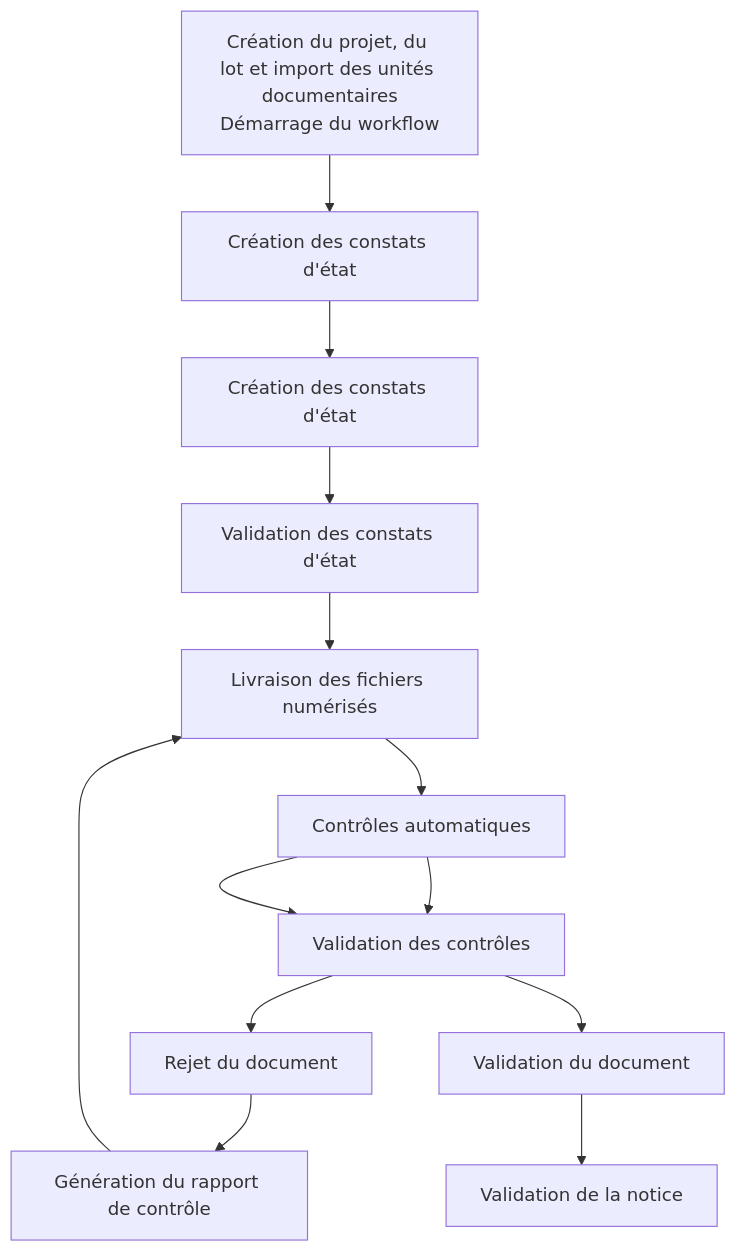
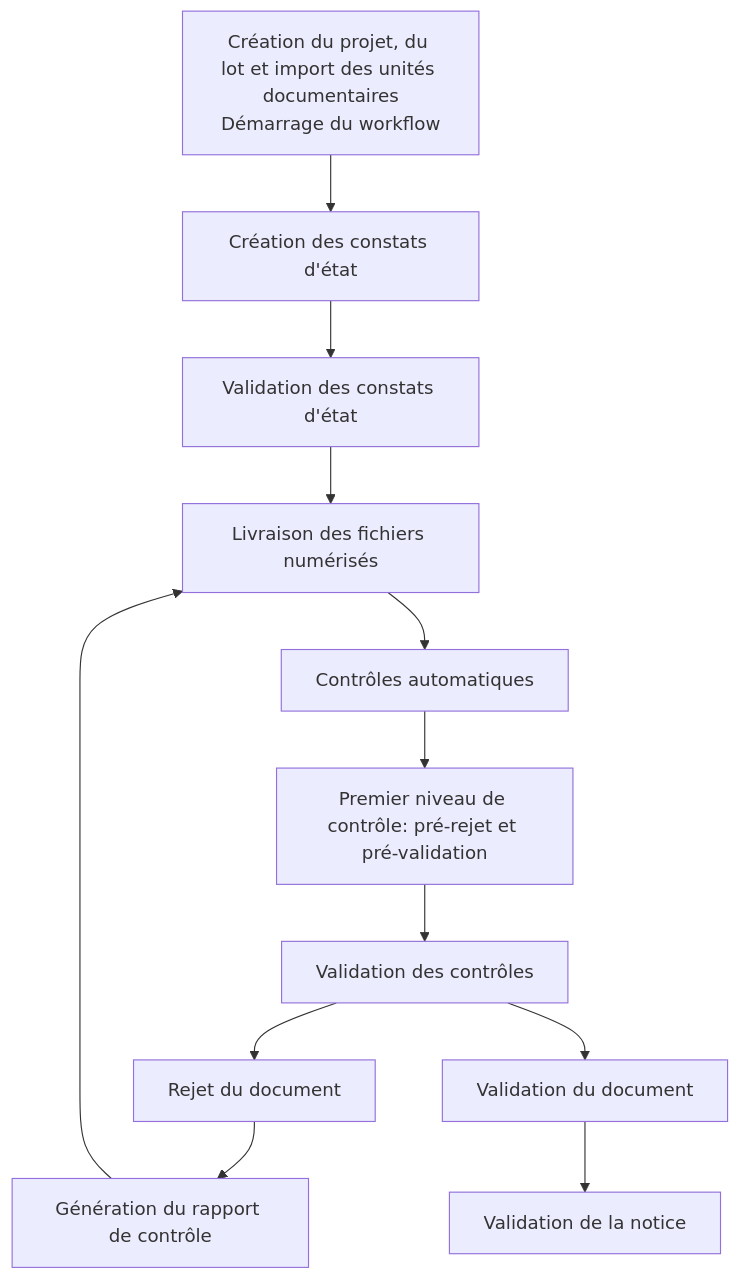
Before and after one commit to NumaHOP/UserDocumentation: the diagram in docs/administrateur/3_Configurations/4-controles.md, drawn with Mermaid.

````diff
--- a/docs/administrateur/3_Configurations/4-controles.md
+++ b/docs/administrateur/3_Configurations/4-controles.md
@@ -24,19 +24,18 @@
 ```mermaid
 flowchart TD
 
 A["Création du projet, du lot et import des unités documentaires<br>Démarrage du workflow"] --> B1["Création des constats d'état"]
-B1 --> C1["Création des constats d'état"]
-C1 --> D1["Validation des constats d'état"]
-D1 --> E1["Livraison des fichiers numérisés"]
-E1 --> F1["Contrôles automatiques"]
-F1 --> G1["Premier niveau de contrôle: pré-rejet et pré-validation"]
+B1 --> C1["Validation des constats d'état"]
+C1 --> D1["Livraison des fichiers numérisés"]
+D1 --> E1["Contrôles automatiques"]
+E1 --> F1["Premier niveau de contrôle: pré-rejet et pré-validation"]
 F1 --> G1["Validation des contrôles"]
 
 G1 --> H1["Rejet du document"]
 H1 --> I1["Génération du rapport de contrôle"]
 
 G1 --> H2["Validation du document"]
 H2 --> I2["Validation de la notice"]
 
-I1 --> E1["Livraison des fichiers numérisés"]
+I1 --> D1["Livraison des fichiers numérisés"]
 ```
````
